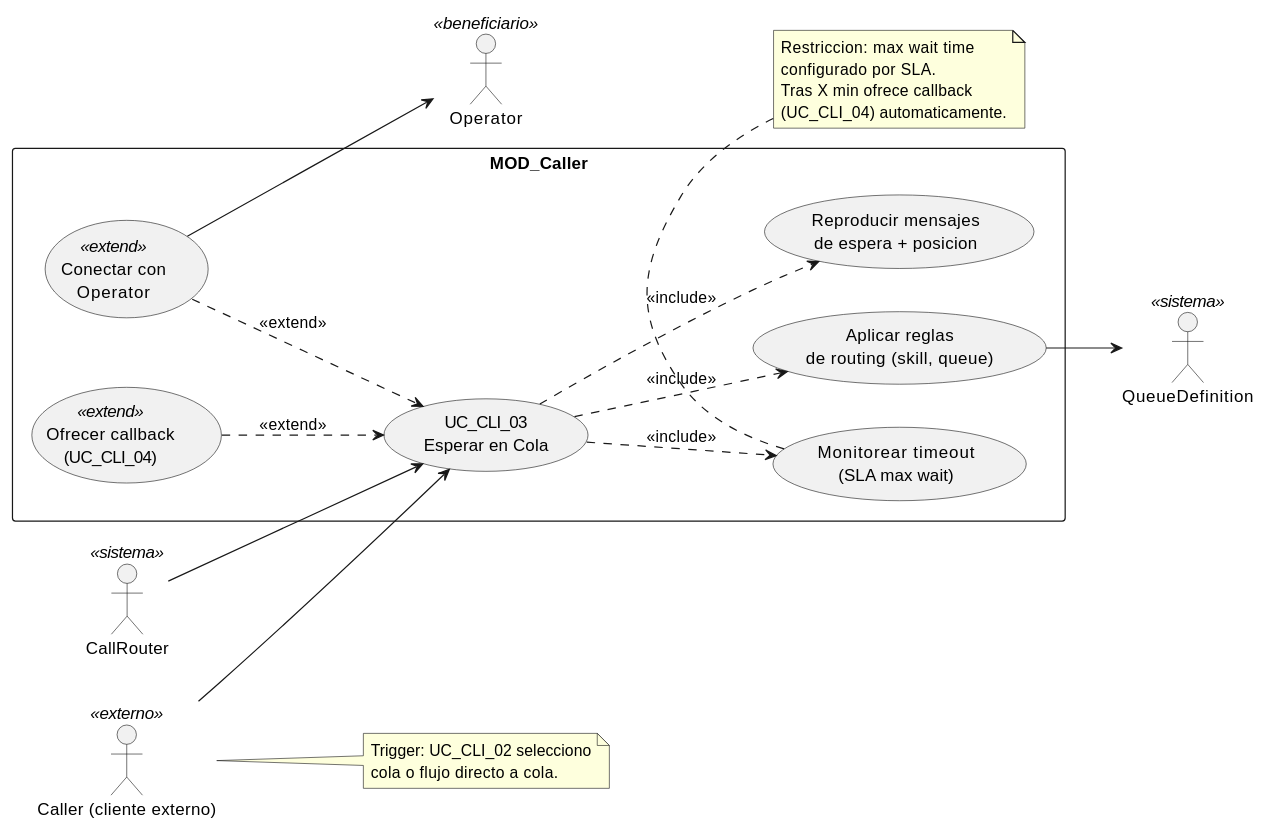
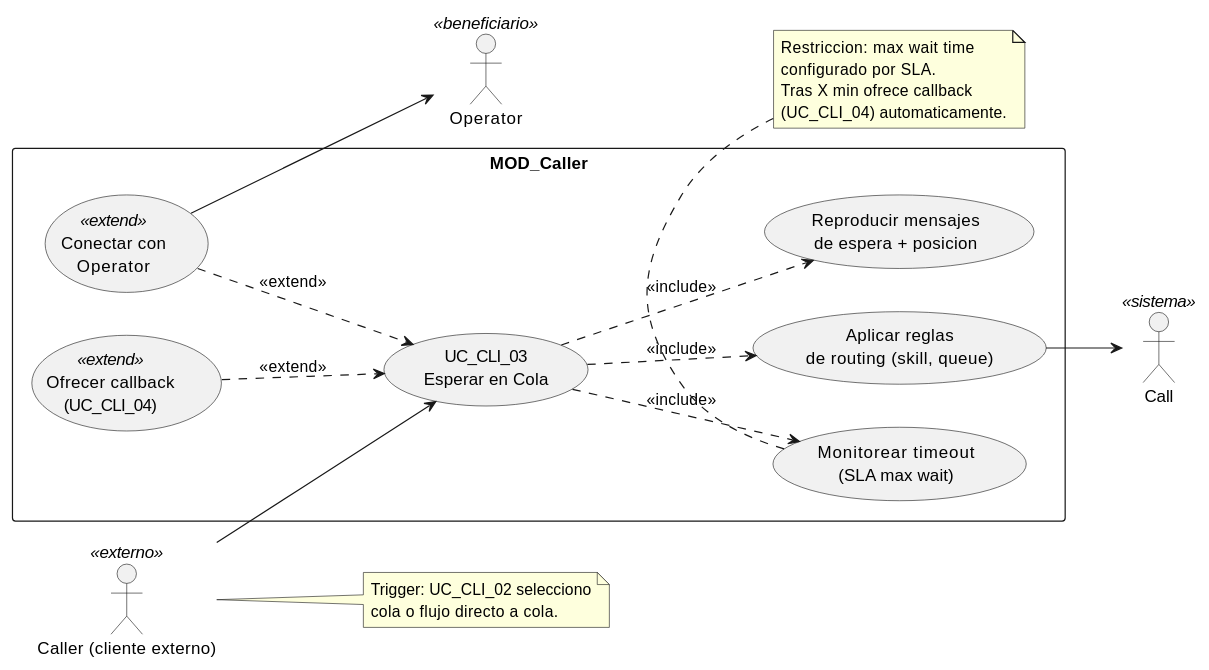
Before and after one commit to jcg-admin/IACT-docs: the diagram in source/requisitos/casos-uso/caller/uc-cli-03/diagramas-uml/diagrama-de-caso-de-uso.rst, drawn with PlantUML. The commit also changed other lines of this file and 52 other files, not shown here.

```diff
--- a/source/requisitos/casos-uso/caller/uc-cli-03/diagramas-uml/diagrama-de-caso-de-uso.rst
+++ b/source/requisitos/casos-uso/caller/uc-cli-03/diagramas-uml/diagrama-de-caso-de-uso.rst
@@ -4,46 +4,44 @@
 .. uml::
  :caption: UC_CLI_03 — actores y casos asociados
 
  @startuml
 
  left to right direction
 
  actor "Caller (cliente externo)" as CALLER <<externo>>
- actor "CallRouter" as ROUTER <<sistema>>
- actor "QueueDefinition" as QUEUE <<sistema>>
+ actor "Call" as CALL <<sistema>>
  actor "Operator" as OPERATOR <<beneficiario>>
 
  rectangle "MOD_Caller" {
    usecase "UC_CLI_03\nEsperar en Cola" as UC_CLI_03
    usecase "Aplicar reglas\nde routing (skill, queue)" as ROUTING
    usecase "Reproducir mensajes\nde espera + posicion" as MENSAJES
    usecase "Monitorear timeout\n(SLA max wait)" as TIMEOUT
    usecase "Ofrecer callback\n(UC_CLI_04)" as OFRECER_CB <<extend>>
    usecase "Conectar con\nOperator" as CONECTAR <<extend>>
  }
 
  CALLER --> UC_CLI_03
- ROUTER --> UC_CLI_03
 
  UC_CLI_03 ..> ROUTING : <<include>>
  UC_CLI_03 ..> MENSAJES : <<include>>
  UC_CLI_03 ..> TIMEOUT : <<include>>
  OFRECER_CB ..> UC_CLI_03 : <<extend>>
  CONECTAR ..> UC_CLI_03 : <<extend>>
 
- ROUTING --> QUEUE
+ ROUTING --> CALL
  CONECTAR --> OPERATOR
 
  note bottom of TIMEOUT
    Restriccion: max wait time
    configurado por SLA.
    Tras X min ofrece callback
    (UC_CLI_04) automaticamente.
  end note
 
  note right of CALLER
    Trigger: UC_CLI_02 selecciono
    cola o flujo directo a cola.
  end note
 
  @enduml
```
